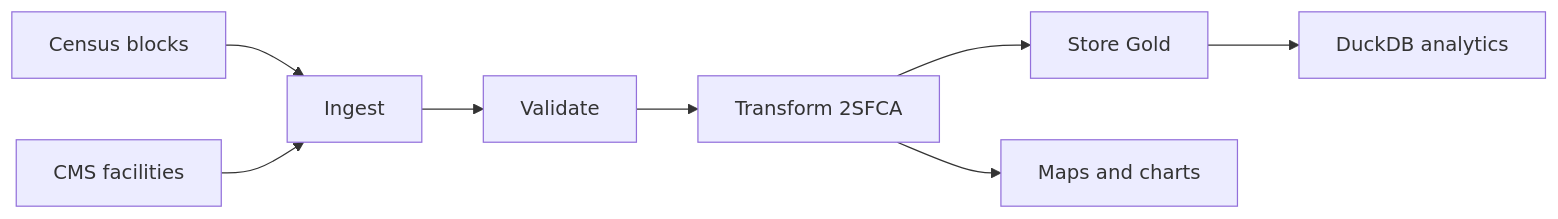
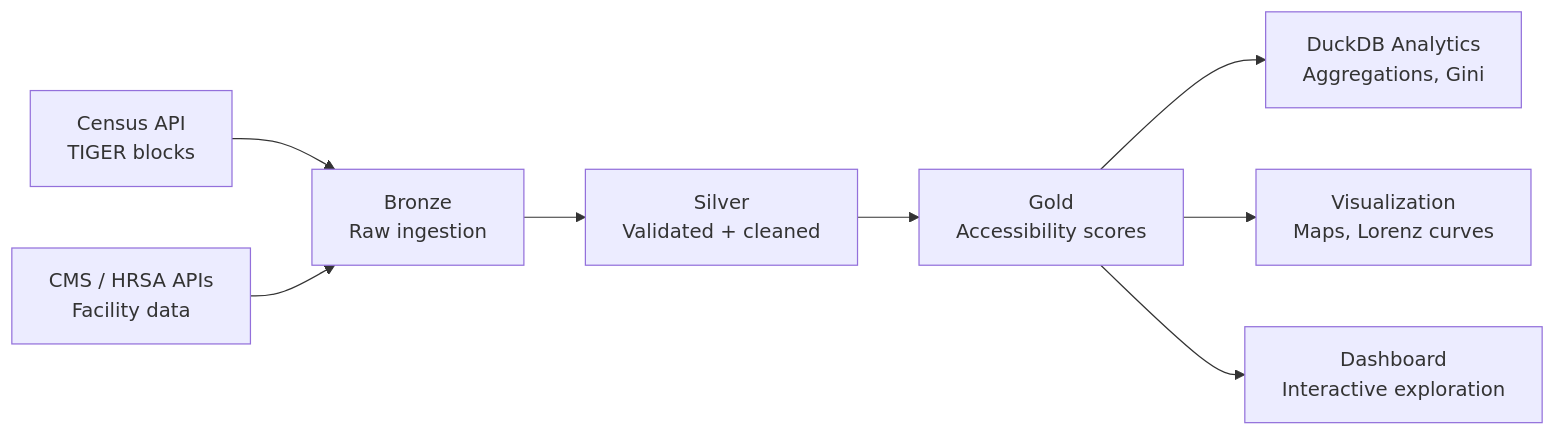
One commit to UshashiP/Spatial-accessibility-pipeline changed the diagram in README.md. Above: the diagram before and after it, drawn with Mermaid. The commit also changed other lines of this file, not shown here.

````diff
--- a/README.md
+++ b/README.md
@@ -55,10 +101,10 @@
 ```mermaid
 flowchart LR
-  A[Census blocks] --> B[Ingest]
-  C[CMS facilities] --> B
-  B --> D[Validate]
-  D --> E[Transform 2SFCA]
-  E --> F[Store Gold]
-  F --> G[DuckDB analytics]
-  E --> H[Maps and charts]
+  A[Census API<br/>TIGER blocks] --> B[Bronze<br/>Raw ingestion]
+  C[CMS / HRSA APIs<br/>Facility data] --> B
+  B --> D[Silver<br/>Validated + cleaned]
+  D --> E[Gold<br/>Accessibility scores]
+  E --> F[DuckDB Analytics<br/>Aggregations, Gini]
+  E --> G[Visualization<br/>Maps, Lorenz curves]
+  E --> H[Dashboard<br/>Interactive exploration]
 ```
````
